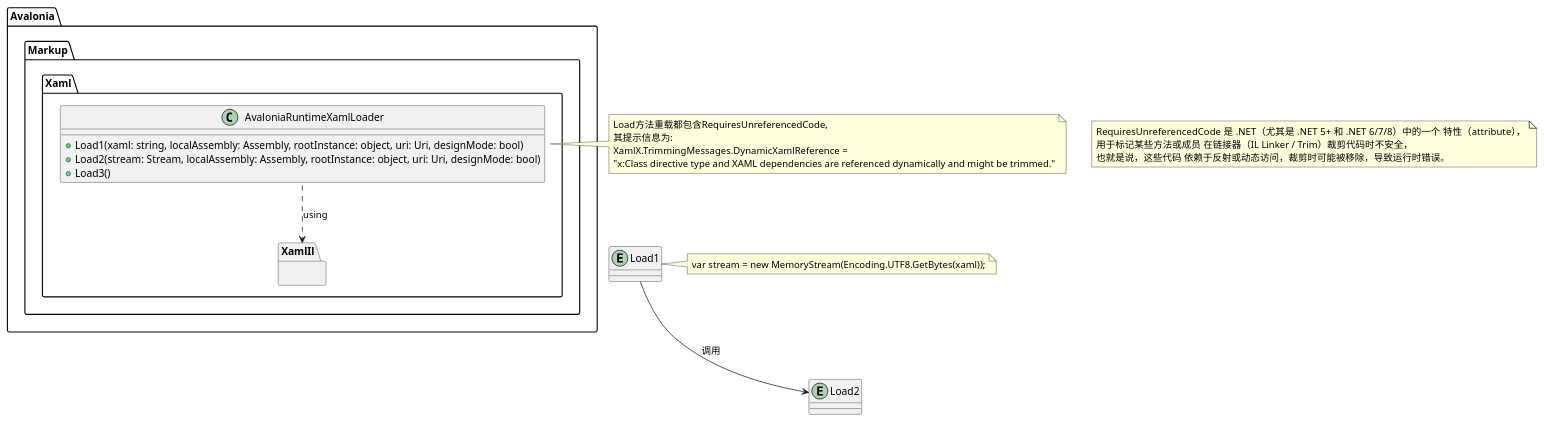
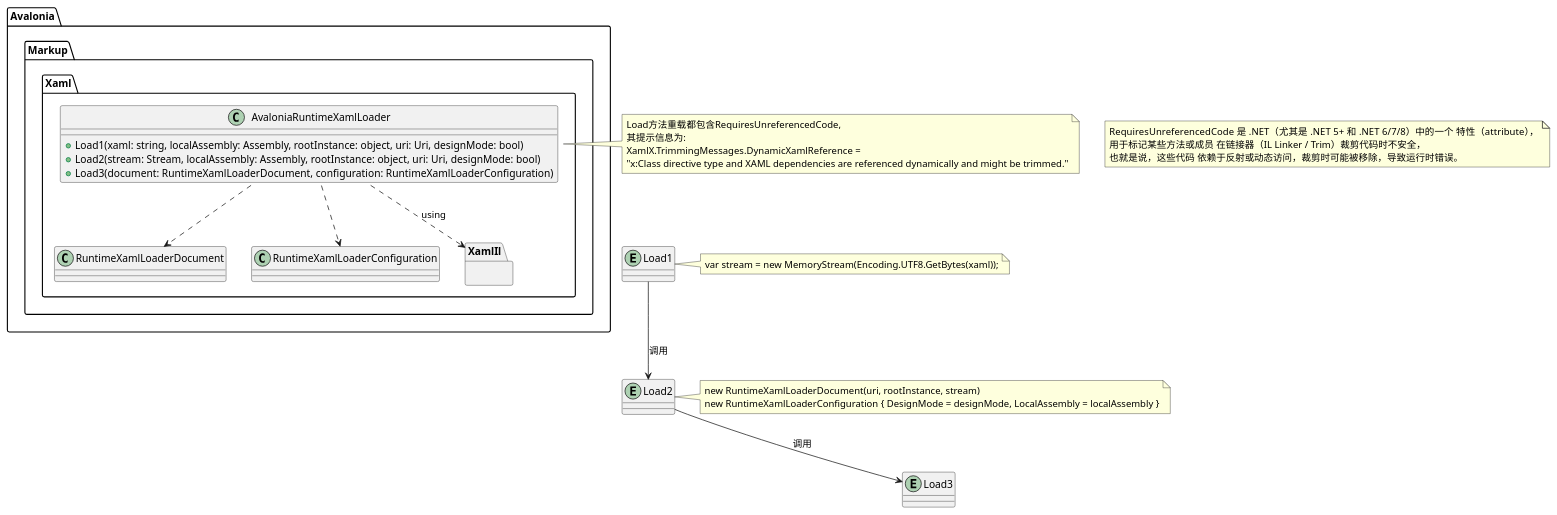
One commit to Bli-AIk/Notes changed the diagram in Avalonia/AI_Generated_UML/markup.puml. Above: the diagram before and after it, drawn with PlantUML.

Commit message:
feat: Update AvaloniaRuntimeXamlLoader diagram
- Add RuntimeXamlLoaderDocument and RuntimeXamlLoaderConfiguration classes.

- Update Load3 method signature.

- Illustrate the call from Load2 to Load3 and the objects created in Load2.

```diff
--- a/Avalonia/AI_Generated_UML/markup.puml
+++ b/Avalonia/AI_Generated_UML/markup.puml
@@ -1,42 +1,59 @@
 @startuml
 namespace Avalonia.Markup.Xaml {
     class AvaloniaRuntimeXamlLoader {
         + Load1(xaml: string, localAssembly: Assembly, rootInstance: object, uri: Uri, designMode: bool)
         + Load2(stream: Stream, localAssembly: Assembly, rootInstance: object, uri: Uri, designMode: bool)
-        + Load3()
+        + Load3(document: RuntimeXamlLoaderDocument, configuration: RuntimeXamlLoaderConfiguration)
     }
+
+    class RuntimeXamlLoaderDocument {
+    }
+
+    class RuntimeXamlLoaderConfiguration {
+    }
+
+    AvaloniaRuntimeXamlLoader ..> RuntimeXamlLoaderDocument
+    AvaloniaRuntimeXamlLoader ..> RuntimeXamlLoaderConfiguration
 }
 
 ' 建立伪节点代表方法
 entity Load1
 entity Load2
+entity Load3
 
 ' 隐藏连线，把伪节点放到类方法对应的位置
 Avalonia.Markup.Xaml.AvaloniaRuntimeXamlLoader::Load1 -[hidden]- Load1
 Avalonia.Markup.Xaml.AvaloniaRuntimeXamlLoader::Load2 -[hidden]- Load2
+Avalonia.Markup.Xaml.AvaloniaRuntimeXamlLoader::Load3 -[hidden]- Load3
 
 ' 实际箭头
 Load1 --> Load2 : 调用
+Load2 --> Load3 : 调用
 
 note right of Load1
   var stream = new MemoryStream(Encoding.UTF8.GetBytes(xaml));
+end note
+
+note right of Load2
+  new RuntimeXamlLoaderDocument(uri, rootInstance, stream)
+  new RuntimeXamlLoaderConfiguration { DesignMode = designMode, LocalAssembly = localAssembly }
 end note
 
 note right of AvaloniaRuntimeXamlLoader
   Load方法重载都包含RequiresUnreferencedCode,
   其提示信息为:
   XamlX.TrimmingMessages.DynamicXamlReference =
   "x:Class directive type and XAML dependencies are referenced dynamically and might be trimmed."
 end note
 
 note as N1
   RequiresUnreferencedCode 是 .NET（尤其是 .NET 5+ 和 .NET 6/7/8）中的一个 特性（attribute），
   用于标记某些方法或成员 在链接器（IL Linker / Trim）裁剪代码时不安全，
   也就是说，这些代码 依赖于反射或动态访问，裁剪时可能被移除，导致运行时错误。
 end note
 
 package Avalonia.Markup.Xaml.XamlIl {
 }
 
 Avalonia.Markup.Xaml.AvaloniaRuntimeXamlLoader ..> Avalonia.Markup.Xaml.XamlIl : using
 @enduml
```
